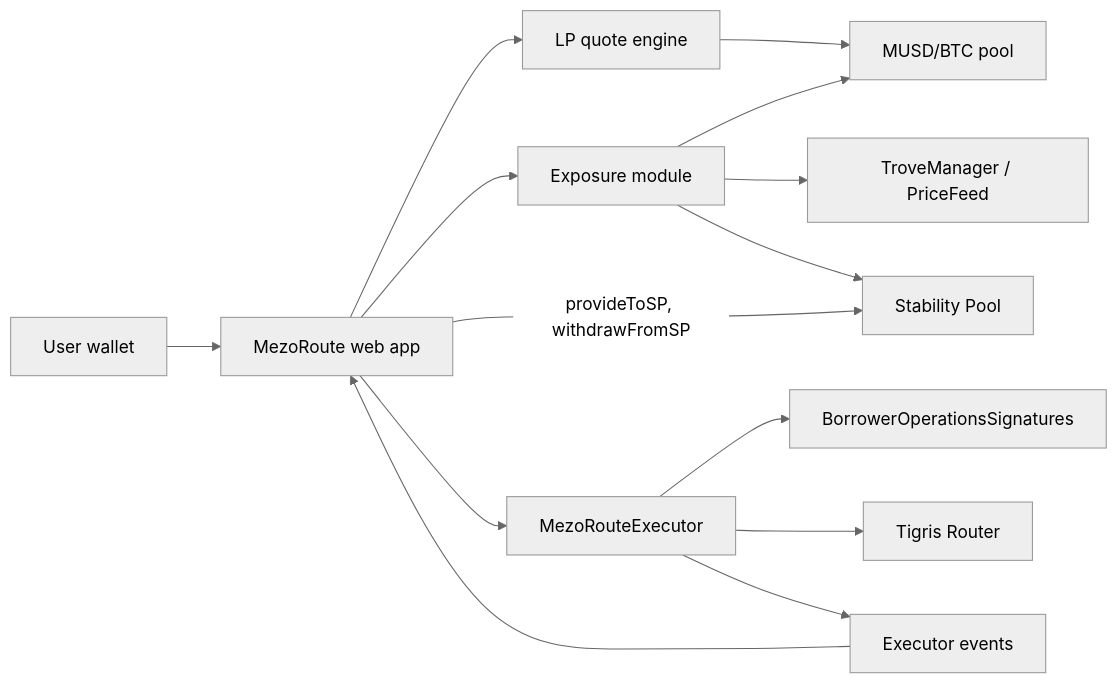
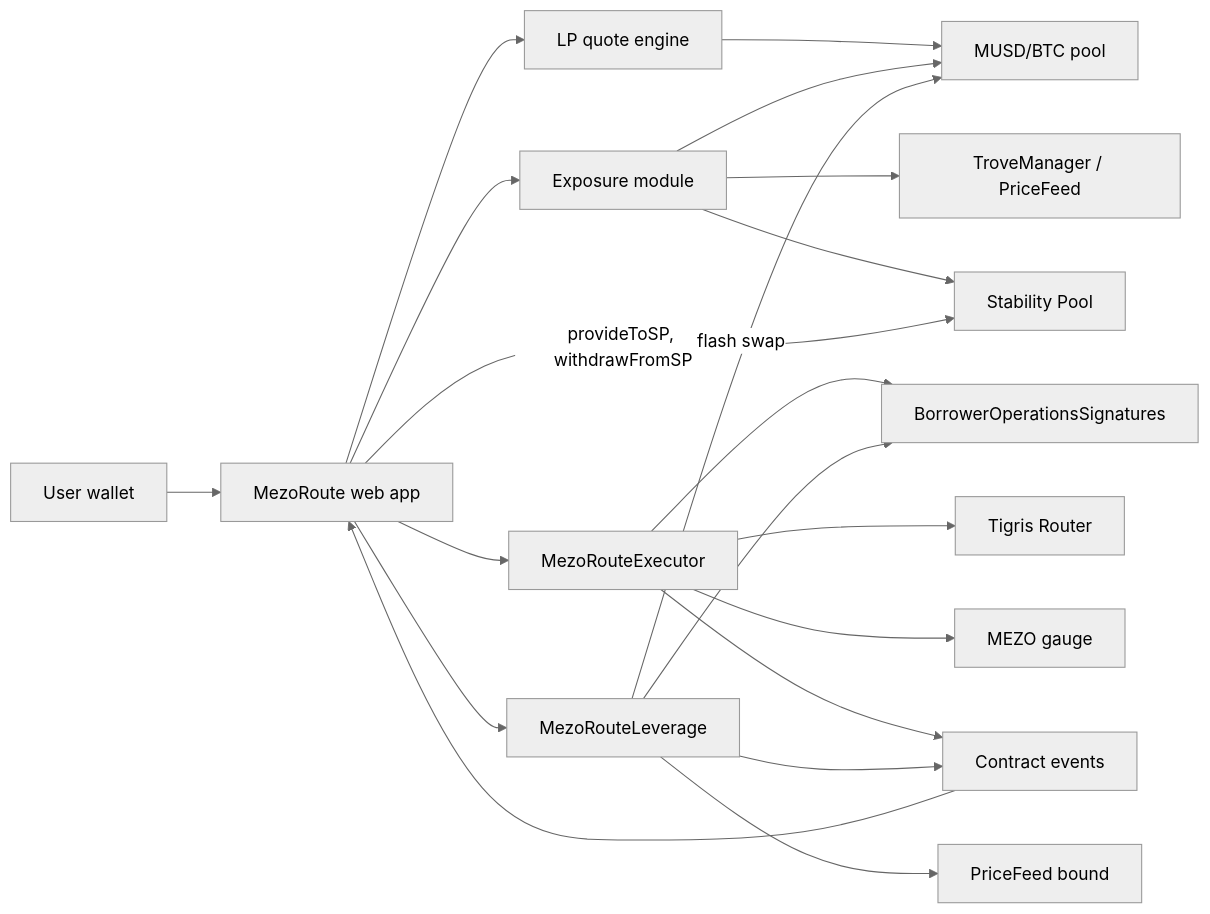
Before and after one commit to hms1499/MezoRoute: the diagram in README.md, drawn with Mermaid (neutral theme). The commit also changed other lines of this file and 2 other files, not shown here.

Commit message:
docs: Wave 2 README, Leverage verified on mainnet

````diff
--- a/README.md
+++ b/README.md
@@ -55,16 +68,22 @@
 ```mermaid
 flowchart LR
     U[User wallet] --> UI[MezoRoute web app]
     UI --> Q[LP quote engine]
     UI --> X[Exposure module]
     Q --> P[MUSD/BTC pool]
     X --> T[TroveManager / PriceFeed]
     X --> P
     X --> SP[Stability Pool]
     UI --> E[MezoRouteExecutor]
     E --> BOS[BorrowerOperationsSignatures]
     E --> R[Tigris Router]
     UI -->|provideToSP, withdrawFromSP| SP
-    E --> L[Executor events]
+    E --> G[MEZO gauge]
+    UI --> LV[MezoRouteLeverage]
+    LV -->|flash swap| P
+    LV --> BOS
+    LV --> PF[PriceFeed bound]
+    E --> L[Contract events]
+    LV --> L
     L --> UI
 ```
````
